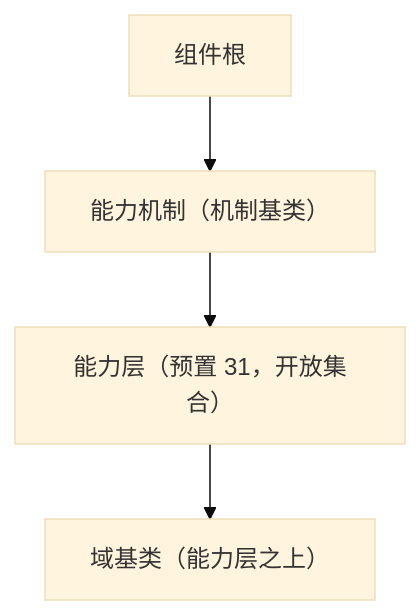
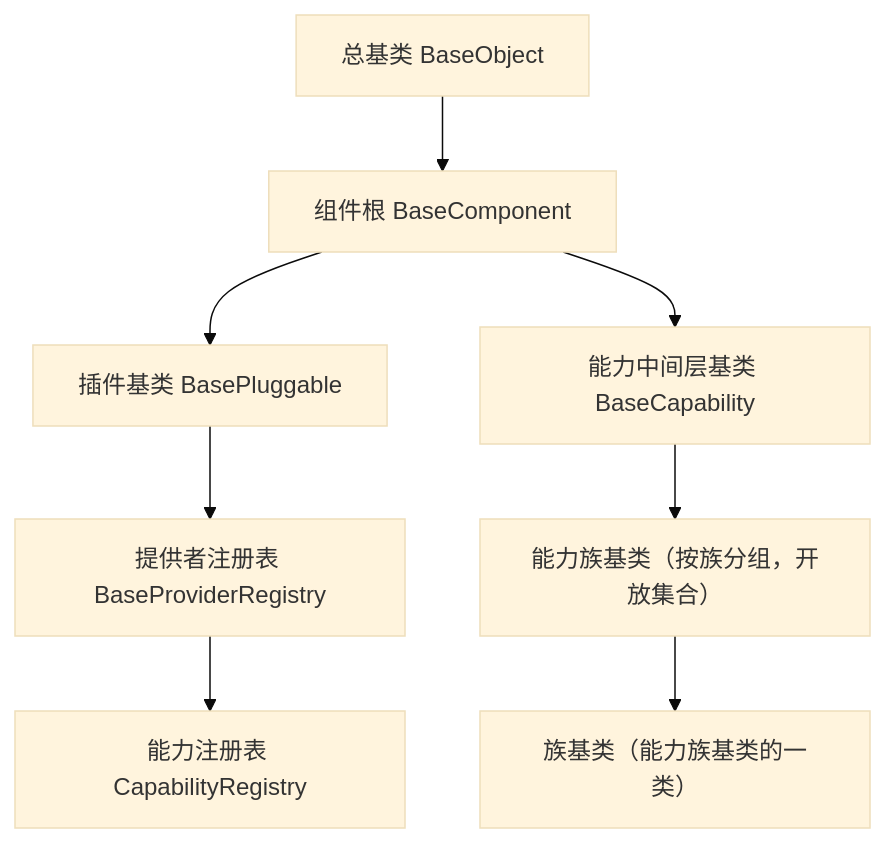
Before and after one commit to minjian123/basic-management-system: the diagram in bms文档/设计/组件设计/02_基础组件类/01_机制基类/03_组件设计_能力机制/03_组件设计_能力机制.md, drawn with Mermaid (base theme). The commit also changed other lines of this file and 126 other files, not shown here.

````diff
--- a/bms文档/设计/组件设计/02_基础组件类/01_机制基类/03_组件设计_能力机制/03_组件设计_能力机制.md
+++ b/bms文档/设计/组件设计/02_基础组件类/01_机制基类/03_组件设计_能力机制/03_组件设计_能力机制.md
@@ -16,6 +16,10 @@
 ```mermaid
 flowchart TD
-    COMP["组件根"] --> CAP["能力机制（机制基类）"]
-    CAP --> CAPS["能力层（预置 31，开放集合）"]
-    CAPS --> DOM["域基类（能力层之上）"]
+    OBJ["总基类 BaseObject"] --> COMP["组件根 BaseComponent"]
+    COMP --> PLG["插件基类 BasePluggable"]
+    COMP --> CAP["能力中间层基类 BaseCapability"]
+    CAP --> CAPS["能力族基类（按族分组，开放集合）"]
+    CAPS --> DOM["族基类（能力族基类的一类）"]
+    PLG --> REG["提供者注册表 BaseProviderRegistry"]
+    REG --> CAREG["能力注册表 CapabilityRegistry"]
 ```
````
